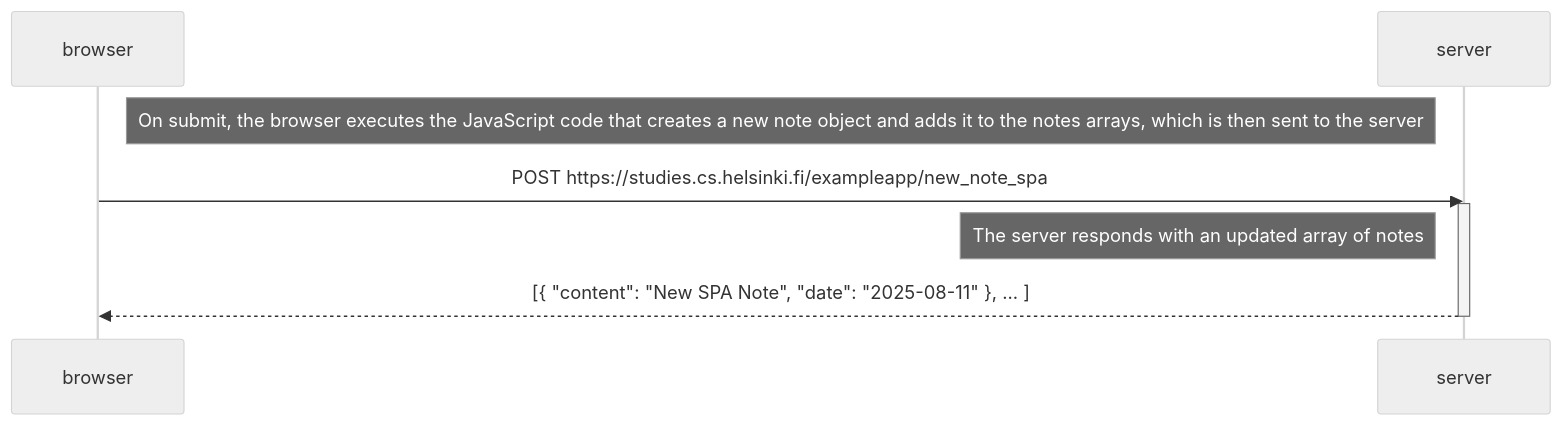
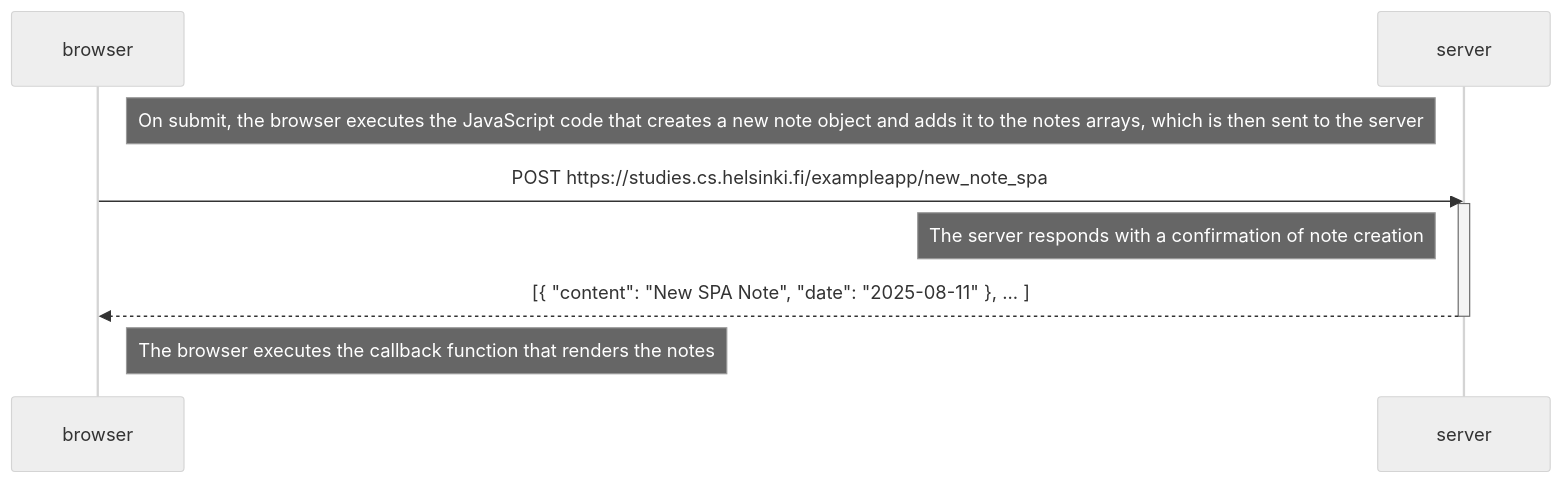
One commit to misheho/full_stack_mluukkai changed the diagram in part0/new_note_spa.md. Above: the diagram before and after it, drawn with Mermaid (neutral theme). The commit also changed 1 other file, not shown here.

Commit message:
minor changes on diagrams

````diff
--- a/part0/new_note_spa.md
+++ b/part0/new_note_spa.md
@@ -1,17 +1,18 @@
 ```mermaid
 sequenceDiagram
     participant browser
     participant server
     
     Note right of browser: On submit, the browser executes the JavaScript code that creates a new note object and adds it to the notes arrays, which is then sent to the server
     
     browser->>server: POST https://studies.cs.helsinki.fi/exampleapp/new_note_spa
     activate server
     
-    Note left of server: The server responds with an updated array of notes   
-
-    
+    Note left of server: The server responds with a confirmation of note creation  
+ 
     server-->>browser: [{ "content": "New SPA Note", "date": "2025-08-11" }, ... ]
     deactivate server
+    
+    Note right of browser: The browser executes the callback function that renders the notes
 
 ```
````
